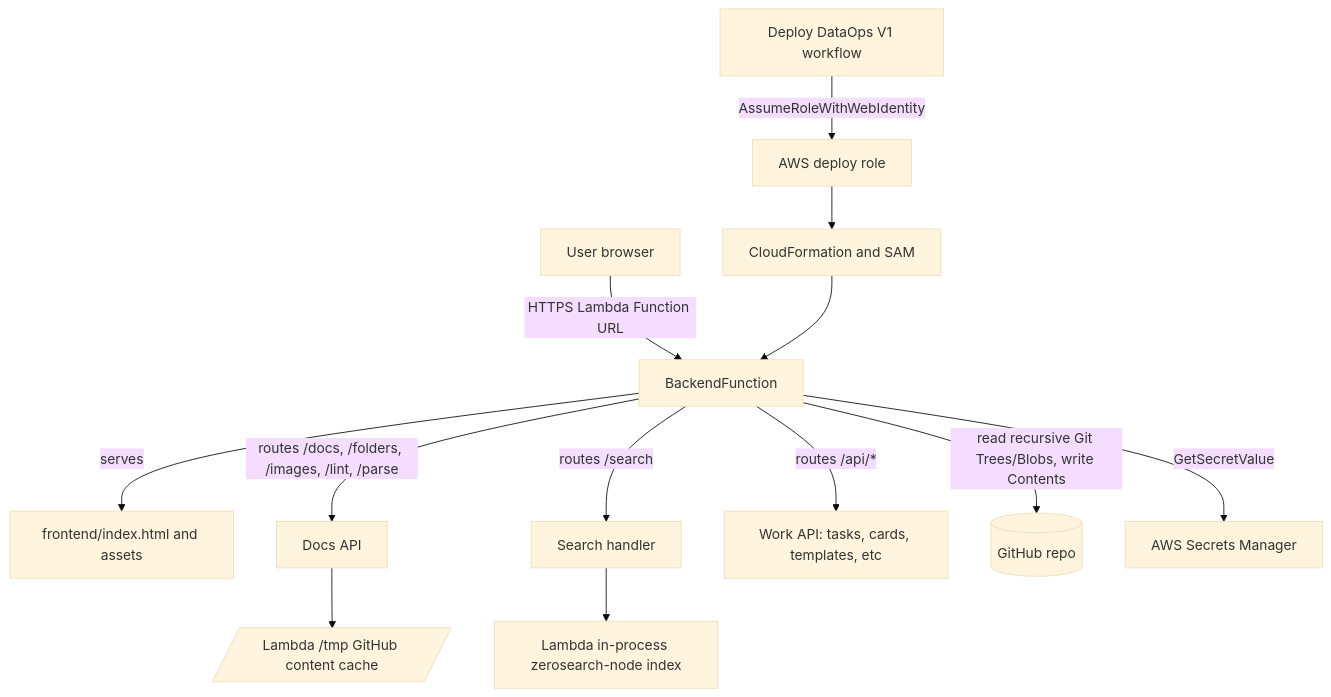
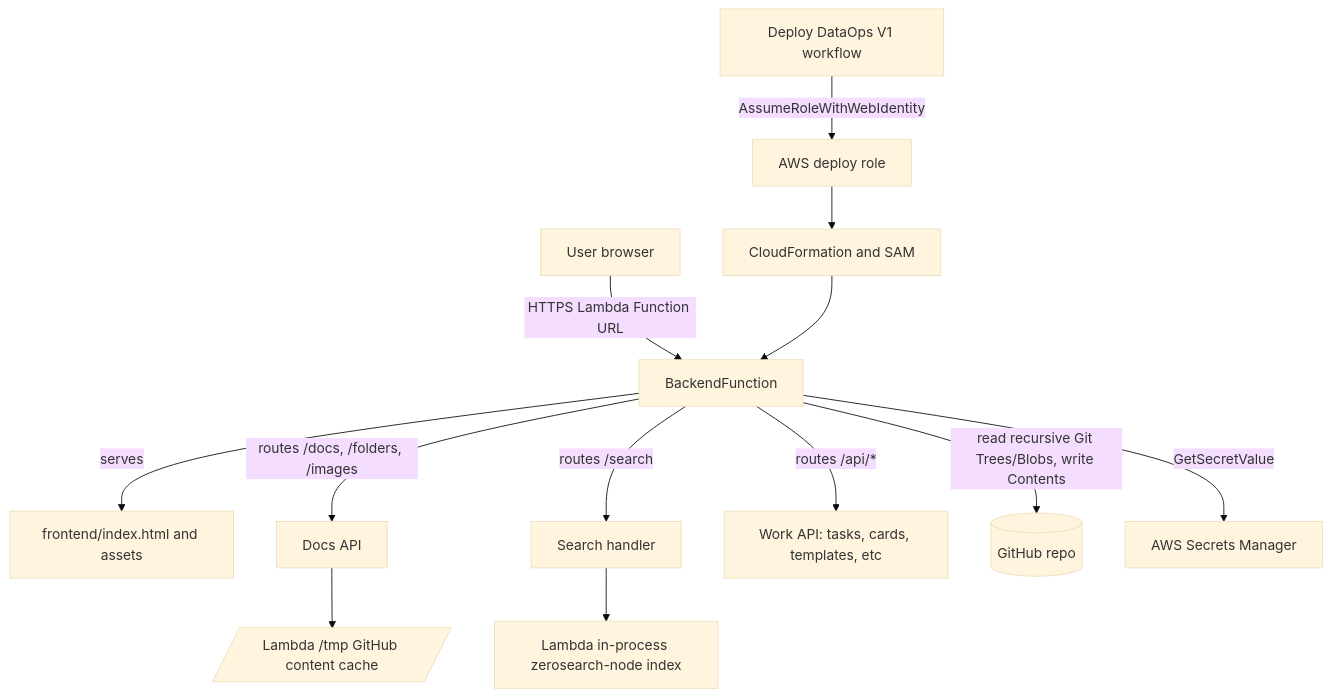
One commit to DataTalksClub/dataops changed the first of 6 diagrams in docs/architecture.md. Above: the diagram before and after it, drawn with Mermaid (base theme). The commit also changed other lines of this file and 6 other files, not shown here.

````diff
--- a/docs/architecture.md
+++ b/docs/architecture.md
@@ -32,15 +32,15 @@
 ```mermaid
 flowchart TB
   User[User browser] -->|HTTPS Lambda Function URL| Backend[BackendFunction]
   Backend -->|serves| Frontend[frontend/index.html and assets]
-  Backend -->|routes /docs, /folders, /images, /lint, /parse| DocsApi[Docs API]
+  Backend -->|routes /docs, /folders, /images| DocsApi[Docs API]
   Backend -->|routes /search| Search[Search handler]
   Backend -->|routes /api/*| WorkApi[Work API: tasks, cards, templates, etc]
   DocsApi --> Cache[/Lambda /tmp GitHub content cache/]
   Search --> Index[Lambda in-process zerosearch-node index]
   Backend -->|read recursive Git Trees/Blobs, write Contents| GitHub[(GitHub repo)]
   Backend -->|GetSecretValue| Secrets[AWS Secrets Manager]
   DeployWorkflow[Deploy DataOps V1 workflow] -->|AssumeRoleWithWebIdentity| DeployRole[AWS deploy role]
   DeployRole --> CloudFormation[CloudFormation and SAM]
   CloudFormation --> Backend
 ```
````
